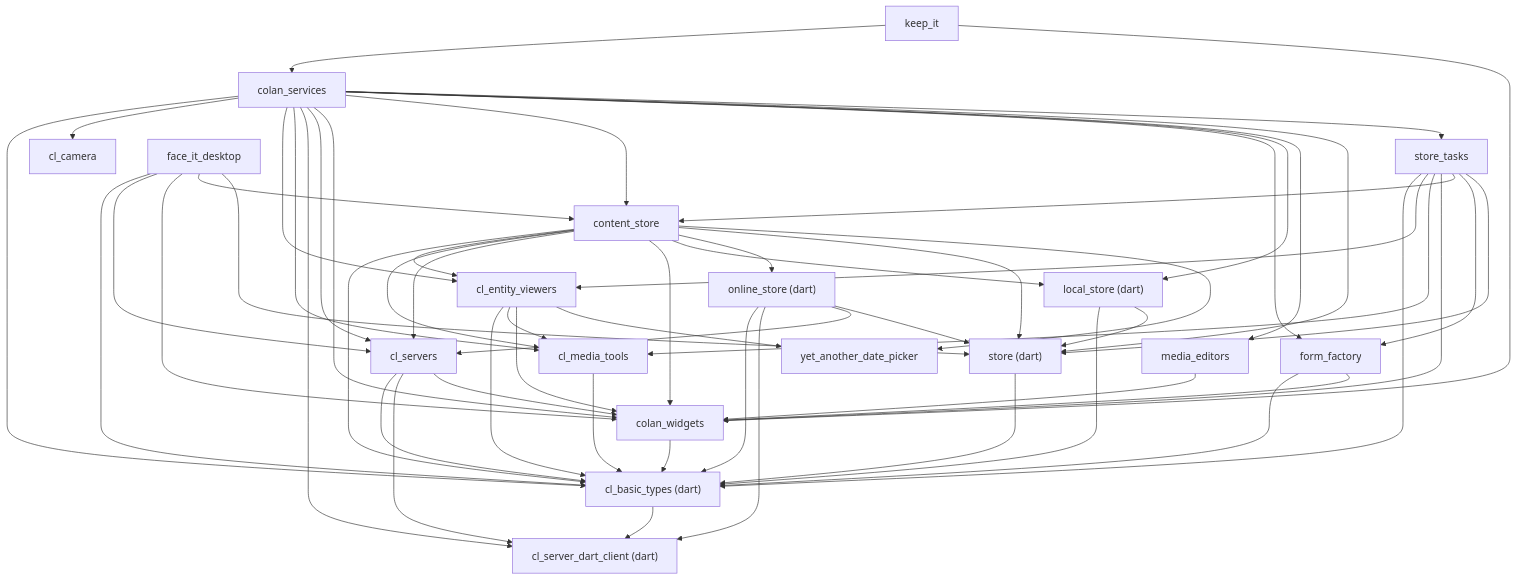
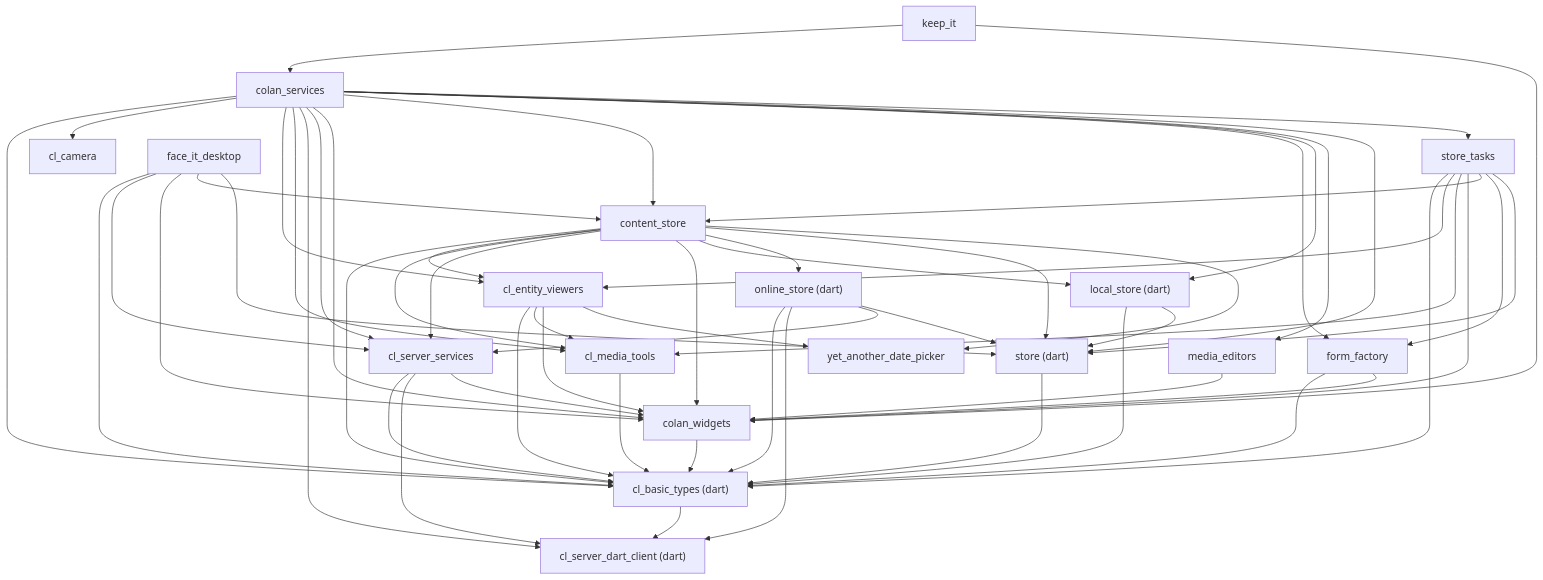
Before and after one commit to cloudonlanapps/keep_it_package: the diagram in docs/dependency_graph.mmd, drawn with Mermaid. The commit also changed 50 other files, not shown here.

Commit message:
refactor: rename `cl_servers` package to `cl_server_services` across all affected modules and dependencies.

```diff
--- a/docs/dependency_graph.mmd
+++ b/docs/dependency_graph.mmd
@@ -1,93 +1,93 @@
 graph TD
     %% Base Packages
     dart_client["cl_server_dart_client (dart)"]
     basic_types["cl_basic_types (dart)"]
     store_base["store (dart)"]
     local_store["local_store (dart)"]
     online_store["online_store (dart)"]
 
     %% Utility Packages
     widgets["colan_widgets"]
     media_tools["cl_media_tools"]
     camera["cl_camera"]
     date_picker["yet_another_date_picker"]
     form_factory["form_factory"]
     entity_viewers["cl_entity_viewers"]
     
     %% Intermediate Packages
-    servers["cl_servers"]
+    cl_server_services["cl_server_services"]
     content_store["content_store"]
     store_tasks["store_tasks"]
     media_editors["media_editors"]
     services["colan_services"]
 
     %% Apps
     face_it["face_it_desktop"]
     keep_it["keep_it"]
 
     %% Dependencies
     basic_types --> dart_client
     store_base --> basic_types
     local_store --> basic_types
     local_store --> store_base
     online_store --> basic_types
     online_store --> dart_client
-    online_store --> servers
+    online_store --> cl_server_services
     online_store --> store_base
 
     widgets --> basic_types
     media_tools --> basic_types
     entity_viewers --> basic_types
     entity_viewers --> media_tools
     entity_viewers --> widgets
     entity_viewers --> date_picker
 
-    servers --> basic_types
-    servers --> dart_client
-    servers --> widgets
+    cl_server_services --> basic_types
+    cl_server_services --> dart_client
+    cl_server_services --> widgets
 
     content_store --> basic_types
     content_store --> entity_viewers
     content_store --> media_tools
-    content_store --> servers
+    content_store --> cl_server_services
     content_store --> widgets
     content_store --> local_store
     content_store --> online_store
     content_store --> store_base
     content_store --> date_picker
 
     form_factory --> basic_types
     form_factory --> widgets
 
     store_tasks --> basic_types
     store_tasks --> entity_viewers
     store_tasks --> media_tools
     store_tasks --> widgets
     store_tasks --> content_store
     store_tasks --> form_factory
     store_tasks --> store_base
 
     media_editors --> widgets
 
     services --> basic_types
     services --> camera
     services --> entity_viewers
     services --> media_tools
     services --> dart_client
-    services --> servers
+    services --> cl_server_services
     services --> widgets
     services --> content_store
     services --> form_factory
     services --> local_store
     services --> media_editors
     services --> store_base
     services --> store_tasks
 
     face_it --> basic_types
-    face_it --> servers
+    face_it --> cl_server_services
     face_it --> widgets
     face_it --> content_store
     face_it --> store_base
 
     keep_it --> services
     keep_it --> widgets
```
